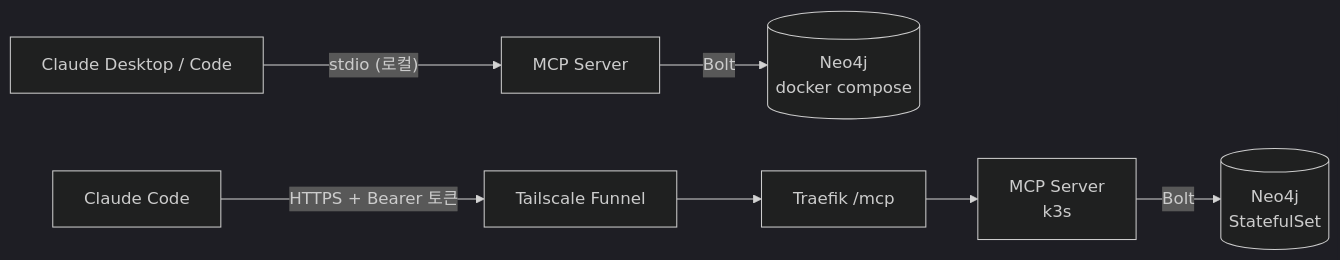
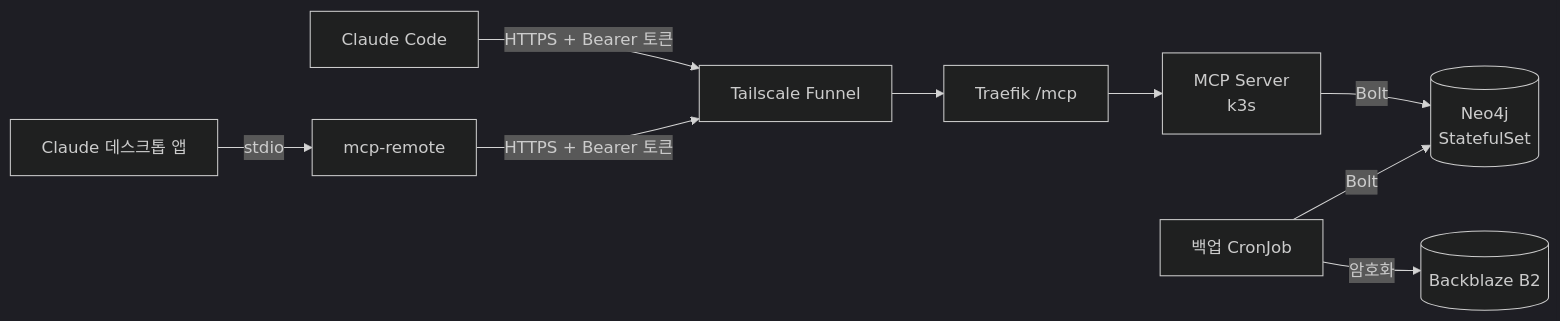
Before and after one commit to sm010422/personal-knowledge-graph-mcp: the diagram in README.md, drawn with Mermaid (dark theme). The commit also changed other lines of this file and 5 other files, not shown here.

Commit message:
docs: devlog for backup and first use, request-flow diagrams, sentry/istio plans

````diff
--- a/README.md
+++ b/README.md
@@ -6,5 +6,7 @@
 ```mermaid
 flowchart LR
-    D[Claude Desktop / Code] -- "stdio (로컬)" --> L[MCP Server] -- Bolt --> LN[(Neo4j<br/>docker compose)]
     C[Claude Code] -- "HTTPS + Bearer 토큰" --> F[Tailscale Funnel] --> T[Traefik /mcp] --> S[MCP Server<br/>k3s] -- Bolt --> N[(Neo4j<br/>StatefulSet)]
+    D[Claude 데스크톱 앱] -- stdio --> MR[mcp-remote] -- "HTTPS + Bearer 토큰" --> F
+    BK[백업 CronJob] -- Bolt --> N
+    BK -- 암호화 --> B2[(Backblaze B2)]
 ```
````
